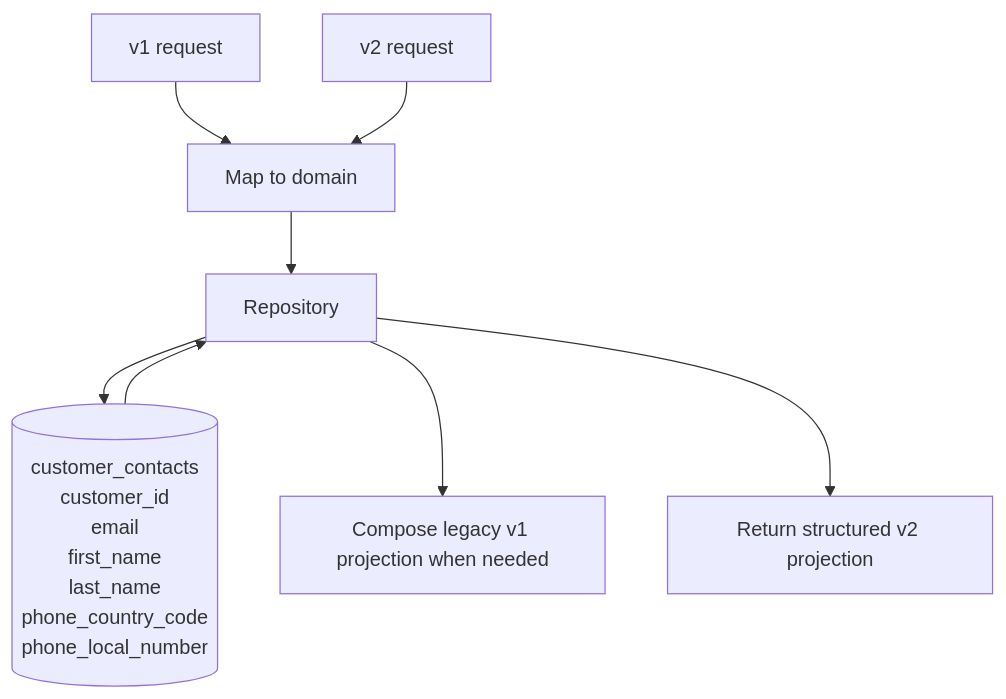
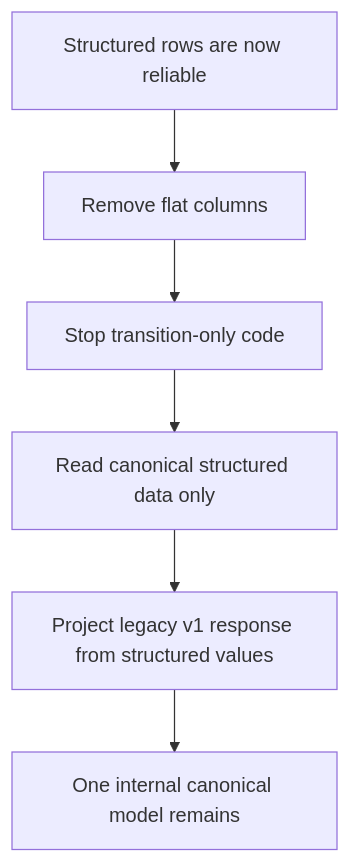
Before and after one commit to evalverde-eng/aida-parallel-changes-workshop: the seventh of 7 diagrams in docs/SOLUTION.md, drawn with Mermaid. The commit also changed other lines of this file, not shown here.

````diff
--- a/docs/SOLUTION.md
+++ b/docs/SOLUTION.md
@@ -431,16 +160,8 @@
 ```mermaid
 flowchart TD
-    A[v1 request] --> B[Map to domain]
-    C[v2 request] --> B
-    B --> D[Repository]
-    D --> E[(customer_contacts
-    customer_id
-    email
-    first_name
-    last_name
-    phone_country_code
-    phone_local_number)]
-    E --> D
-    D --> F[Compose legacy v1 projection when needed]
-    D --> G[Return structured v2 projection]
+    A[Structured rows are now reliable] --> B[Remove flat columns]
+    B --> C[Stop transition-only code]
+    C --> D[Read canonical structured data only]
+    D --> E[Project legacy v1 response from structured values]
+    E --> F[One internal canonical model remains]
 ```
````
